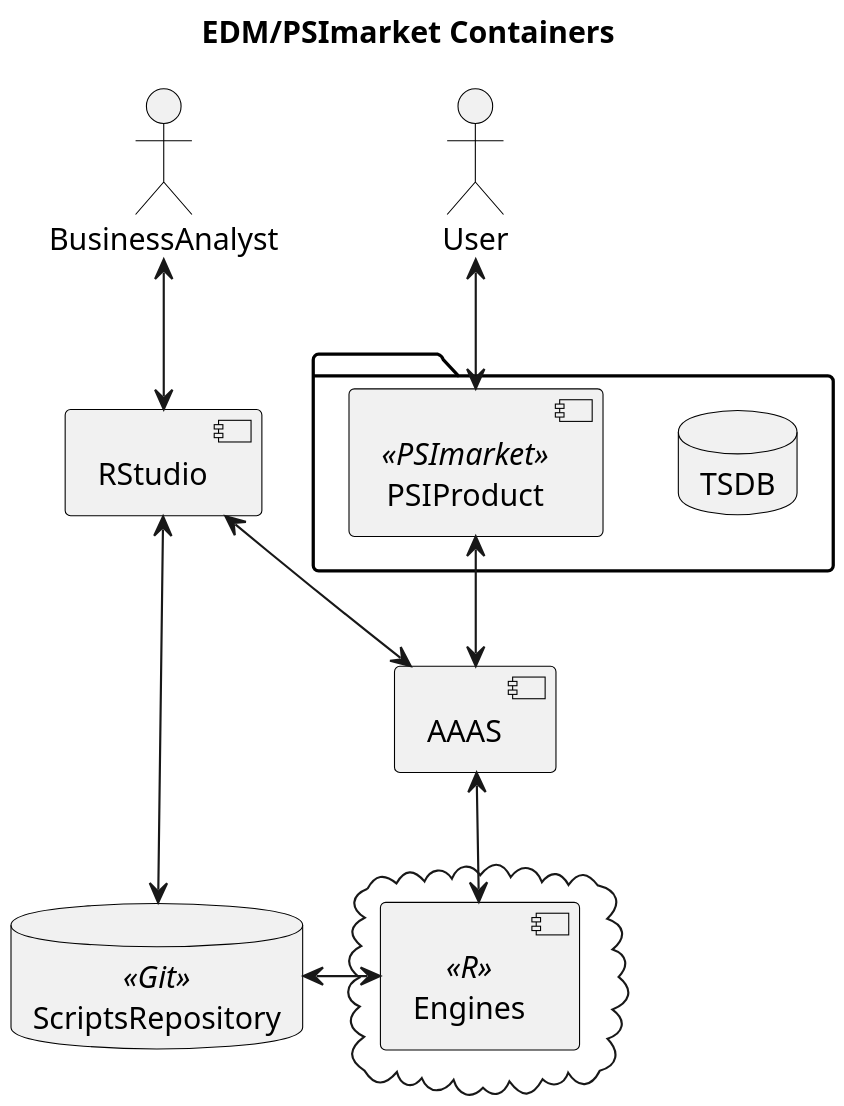
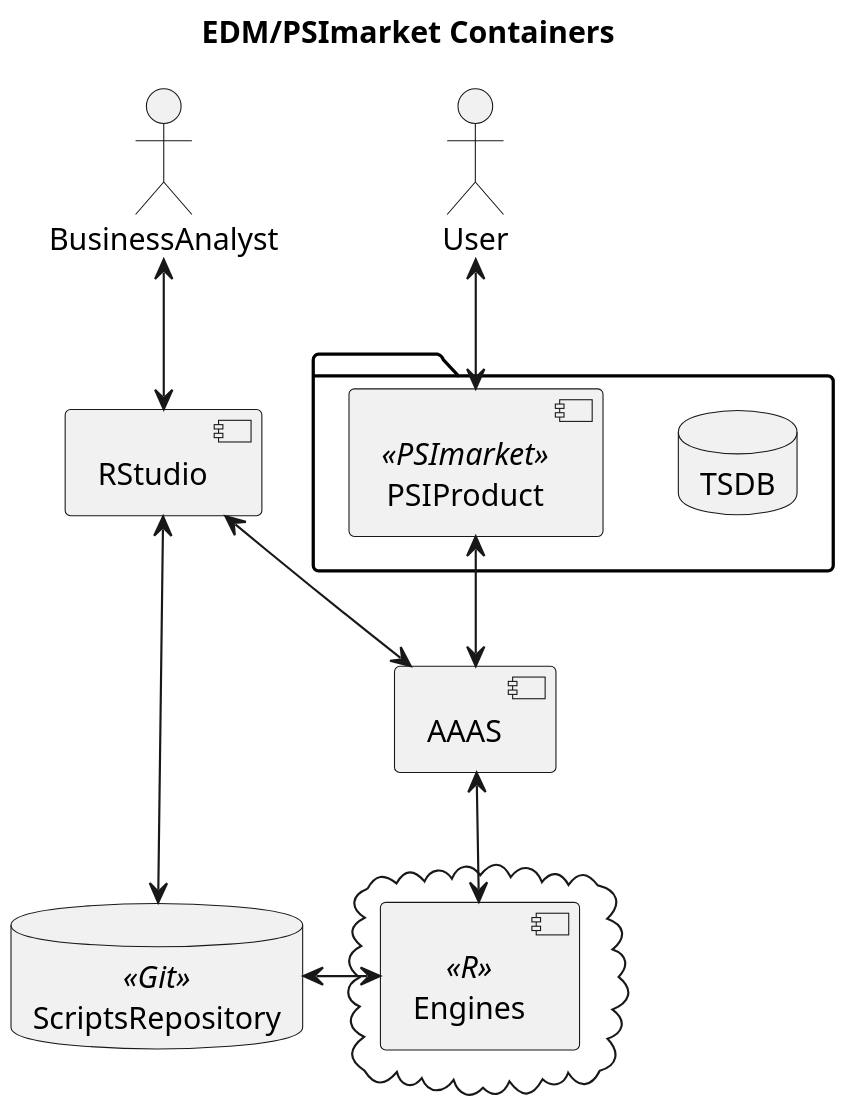
One commit to PSI-Polska/aaas-java6 changed the diagram in doc/4c/2.1 EDM Containers.plantuml. Above: the diagram before and after it, drawn with PlantUML. The commit also changed 10 other files, not shown here.

Commit message:
doc: describe diagrams

```diff
--- a/doc/4c/2.1 EDM Containers.plantuml
+++ b/doc/4c/2.1 EDM Containers.plantuml
@@ -1,48 +1,35 @@
 @startuml
 skinparam dpi 200
-' skinparam backgroundColor transparent
-' skinparam monochrome true
+skinparam backgroundColor transparent
 
 title EDM/PSImarket Containers
 
 actor User
 actor BusinessAnalyst as BA
 package {
     database TSDB as tsdb
     component PSIProduct as PSI <<PSImarket>>
 }
 component RStudio as rstdio
 database ScriptsRepository as scripts <<Git>>
 component AAAS as 3as
 cloud {
     component Engines as engine <<R>>
 }
 
 ' Answers:
 ' * Data (TS) is provided by PSImarket and passed through 3AS to R
 ' * Communication is done synchronously with method calls - tight integration
 ' * Scripts are available for both, RStudio and R through Git repository
 ' * Use case from Rstudio works exaclty the same way as Use case from product
 ' * Engines, Scripts repository are dockerized, ready to be run on k8s or openshift
 
 User <--> PSI
 BA <--> rstdio
 rstdio <--> scripts
 PSI <--> 3as
 rstdio <--> 3as
 3as <--> engine
 engine <-right-> scripts
 
-skinparam actor {
-  BorderColor black
-  ArrowColor black
-}
-skinparam component {
-  BorderColor black
-  ArrowColor black
-}
-skinparam database {
-  BorderColor black
-  ArrowColor black
-}
 @enduml
```
